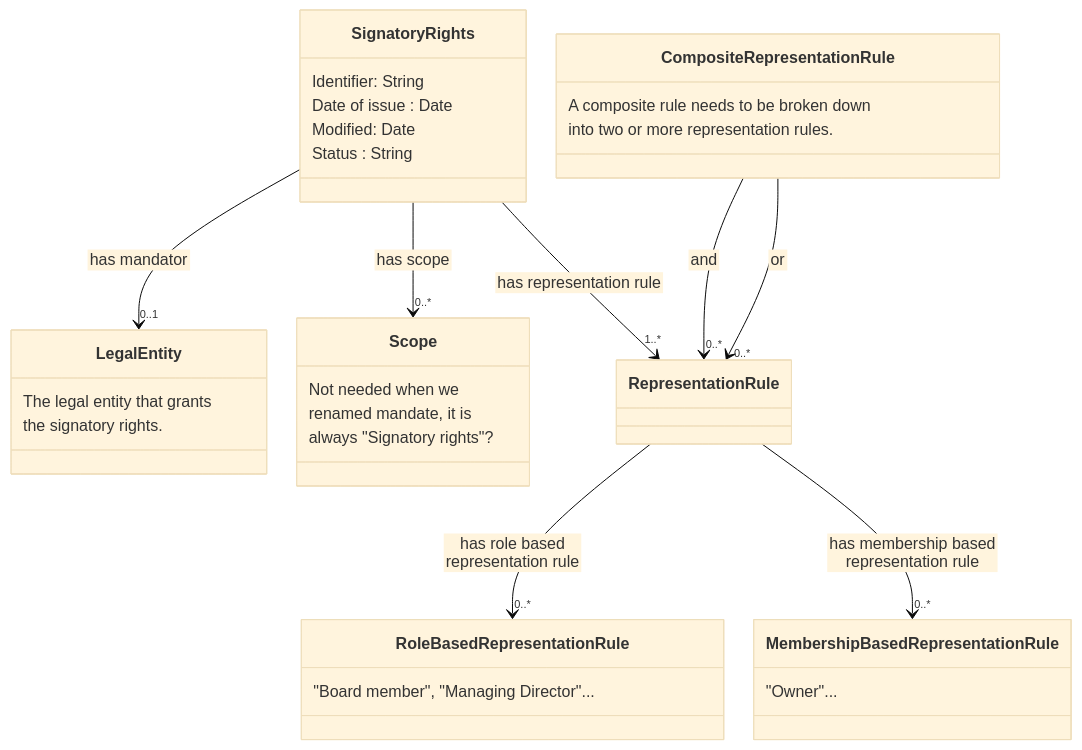
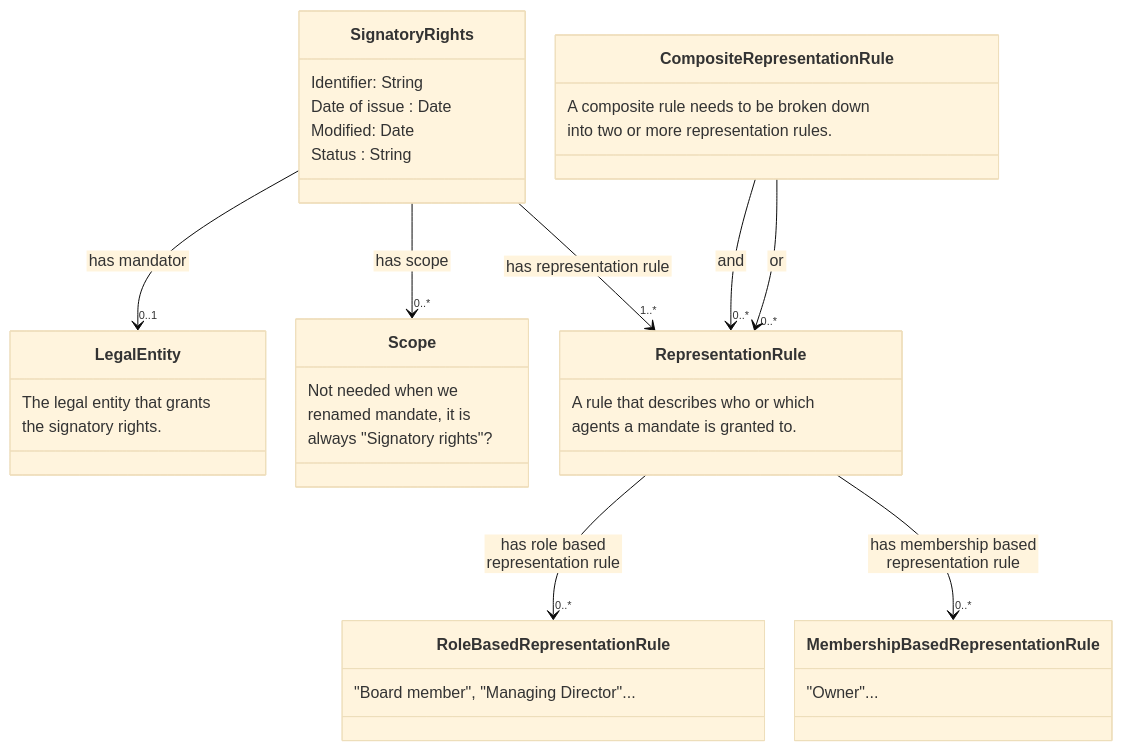
Before and after one commit to nordicsmartgovernment/Nordic-Signatory-Rights-Model: the diagram in README.md, drawn with Mermaid (base theme). The commit also changed other lines of this file, not shown here.

````diff
--- a/README.md
+++ b/README.md
@@ -22,52 +22,54 @@
 ```mermaid
  %%{init:{'flowchart':{'nodeSpacing': 30, 'rankSpacing': 95, 'htmlLabels': false}}}%%
     classDiagram
        
         class Signatory Rights {
             Identifier: String
             Date of issue : Date
             Modified: Date
             Status : String
         }
 
         Signatory Rights --> "0..1" Legal Entity : has mandator
         Signatory Rights --> "0..*" Scope : has scope
         Signatory Rights --> "1..*" Representation Rule : has representation rule
 
         class Legal Entity {
            The legal entity that grants
            the signatory rights.
         }
 
         class Scope {
            Not needed when we
            renamed mandate, it is
            always "Signatory rights"?
         }
 
         class Representation Rule {
+           A rule that describes who or which
+           agents a mandate is granted to.
         }
 
         Representation Rule  --> "0..*" Role Based Representation Rule : has role based representation rule
         Representation Rule --> "0..*" Membership Based Representation Rule : has membership based representation rule
 
         class Role Based Representation Rule {
            "Board member", "Managing Director"...
         }
 
         class Membership Based Representation Rule {
            "Owner"...
         }
 
         class Composite Representation Rule {
            A composite rule needs to be broken down
            into two or more representation rules.
         }
 
         Composite Representation Rule --> "0..*" Representation Rule : and
         Composite Representation Rule --> "0..*" Representation Rule : or
 
         class Scope {
         }
 
 ```
````
